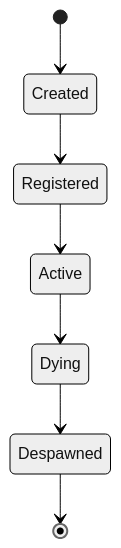
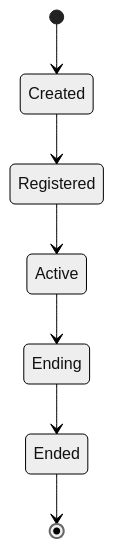
One commit to wenxpro/skills changed the first of 3 diagrams in design-stage/templates/design-diagrams.md. Above: the diagram before and after it, drawn with Mermaid (neutral theme). The commit also changed other lines of this file and 10 other files, not shown here.

````diff
--- a/design-stage/templates/design-diagrams.md
+++ b/design-stage/templates/design-diagrams.md
@@ -31,9 +31,9 @@
 ```mermaid
 stateDiagram-v2
     [*] --> Created
     Created --> Registered
     Registered --> Active
-    Active --> Dying
-    Dying --> Despawned
-    Despawned --> [*]
+    Active --> Ending
+    Ending --> Ended
+    Ended --> [*]
 ```
````
